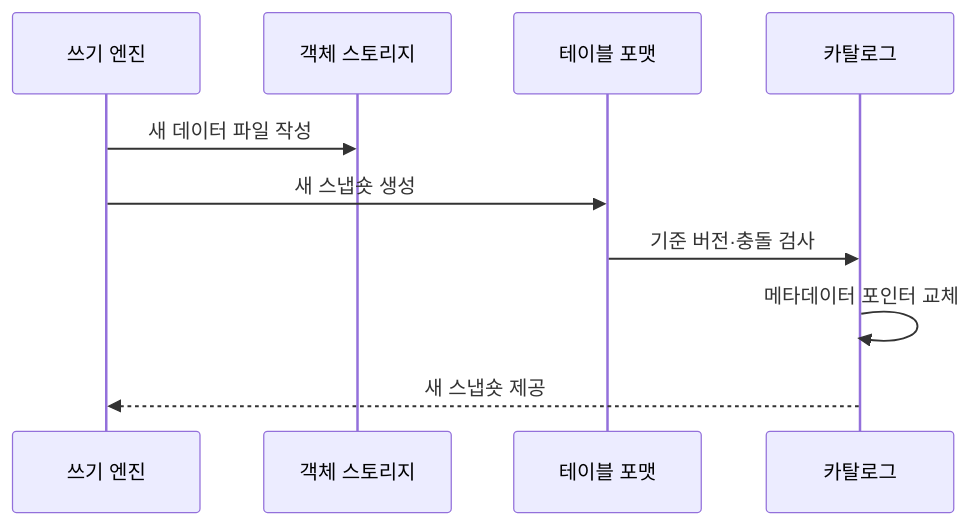
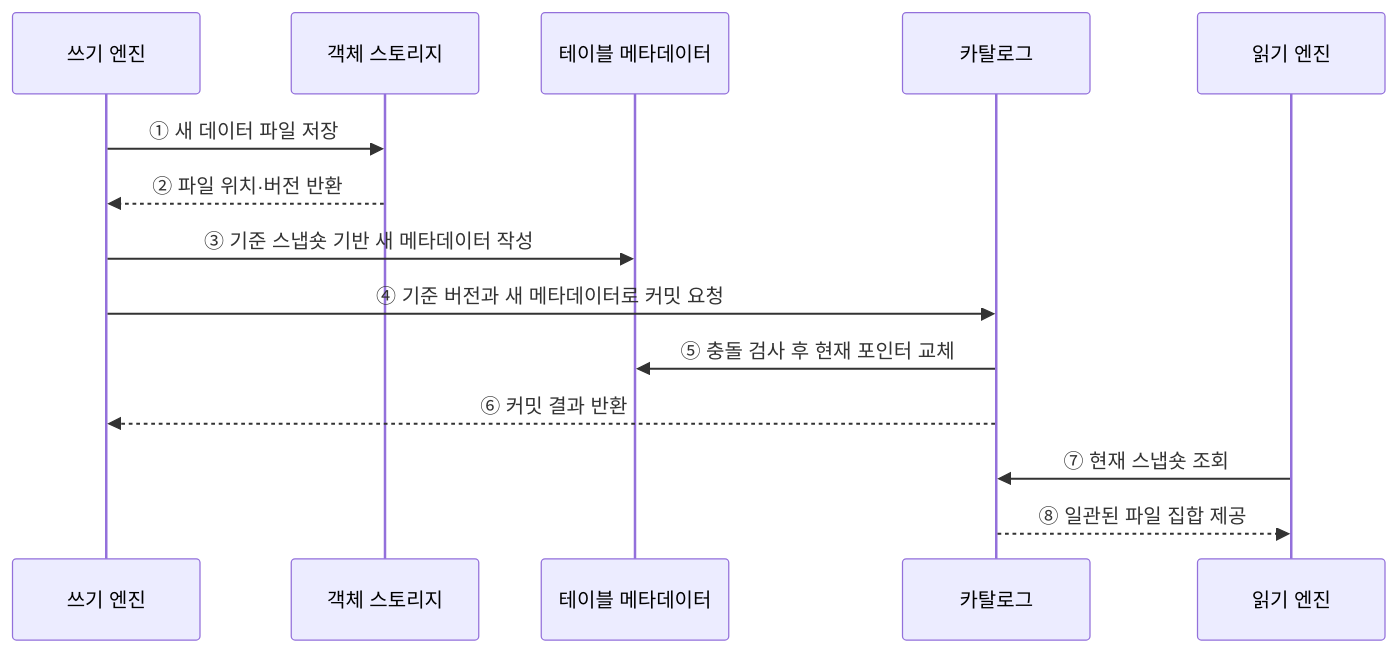
The second of 2 diagrams in src/content/docs/notes/03-software/126_data_lakehouse.md (agnusdei1207/knowledge-base), drawn with Mermaid before and after one commit. The commit also changed other lines of this file and 20 other files, not shown here.

````diff
--- a/src/content/docs/notes/03-software/126_data_lakehouse.md
+++ b/src/content/docs/notes/03-software/126_data_lakehouse.md
@@ -80,12 +73,16 @@
 ```mermaid
 sequenceDiagram
-    participant E as 쓰기 엔진
+    participant W as 쓰기 엔진
     participant O as 객체 스토리지
-    participant T as 테이블 포맷
+    participant M as 테이블 메타데이터
     participant C as 카탈로그
-    E->>O: 새 데이터 파일 작성
-    E->>T: 새 스냅숏 생성
-    T->>C: 기준 버전·충돌 검사
-    C->>C: 메타데이터 포인터 교체
-    C-->>E: 새 스냅숏 제공
+    participant R as 읽기 엔진
+    W->>O: ① 새 데이터 파일 저장
+    O-->>W: ② 파일 위치·버전 반환
+    W->>M: ③ 기준 스냅숏 기반 새 메타데이터 작성
+    W->>C: ④ 기준 버전과 새 메타데이터로 커밋 요청
+    C->>M: ⑤ 충돌 검사 후 현재 포인터 교체
+    C-->>W: ⑥ 커밋 결과 반환
+    R->>C: ⑦ 현재 스냅숏 조회
+    C-->>R: ⑧ 일관된 파일 집합 제공
 ```
````
